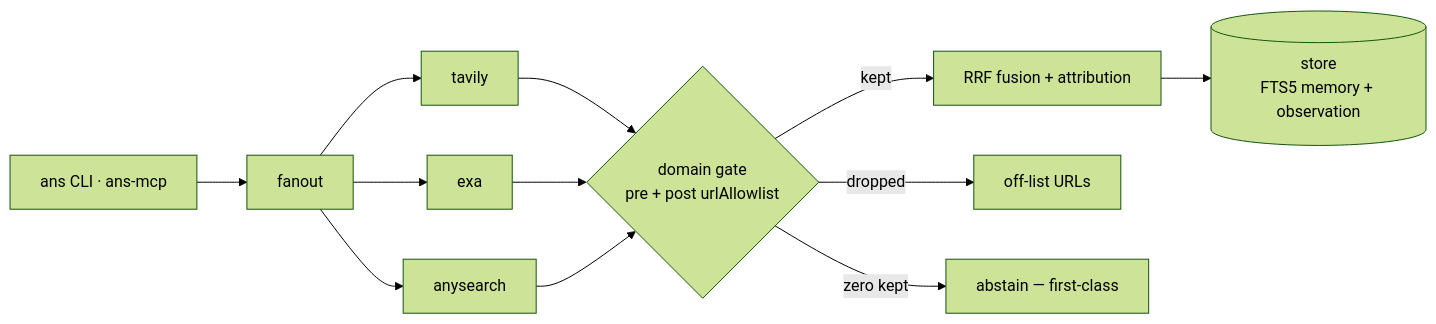
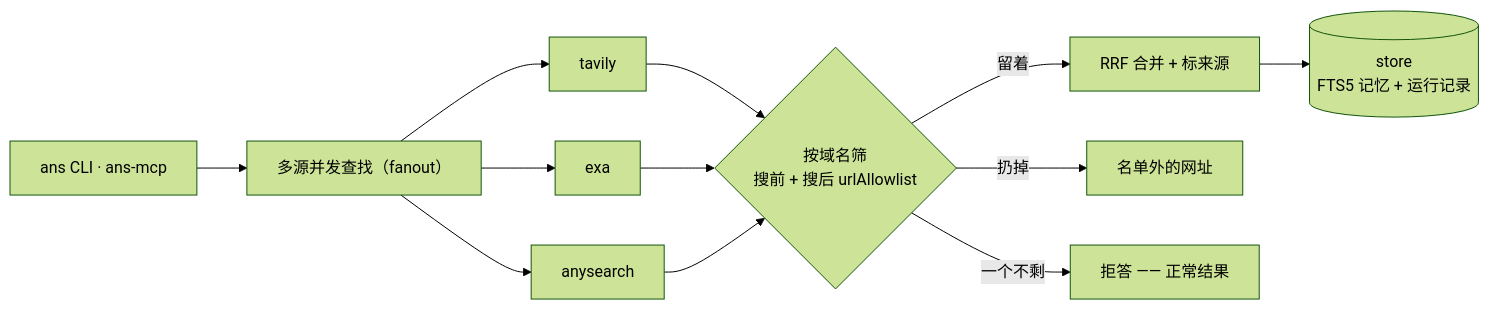
One commit to Xxx91n/anysearch-cli changed the diagram in README.zh-CN.md. Above: the diagram before and after it, drawn with Mermaid (forest theme). The commit also changed other lines of this file and 1 other file, not shown here.

````diff
--- a/README.zh-CN.md
+++ b/README.zh-CN.md
@@ -213,12 +207,12 @@
 ```mermaid
 flowchart LR
-    U["ans CLI · ans-mcp"] --> Q["fanout"]
+    U["ans CLI · ans-mcp"] --> Q["多源并发查找（fanout）"]
     Q --> T["tavily"]
     Q --> E["exa"]
     Q --> A["anysearch"]
-    T & E & A --> G{"domain gate<br/>pre + post urlAllowlist"}
-    G -->|"kept"| F["RRF fusion + attribution"]
-    G -->|"dropped"| X["off-list URLs"]
-    G -->|"zero kept"| Z["abstain — first-class"]
-    F --> S[("store<br/>FTS5 memory + observation")]
+    T & E & A --> G{"按域名筛<br/>搜前 + 搜后 urlAllowlist"}
+    G -->|"留着"| F["RRF 合并 + 标来源"]
+    G -->|"扔掉"| X["名单外的网址"]
+    G -->|"一个不剩"| Z["拒答 —— 正常结果"]
+    F --> S[("store<br/>FTS5 记忆 + 运行记录")]
 ```
````
